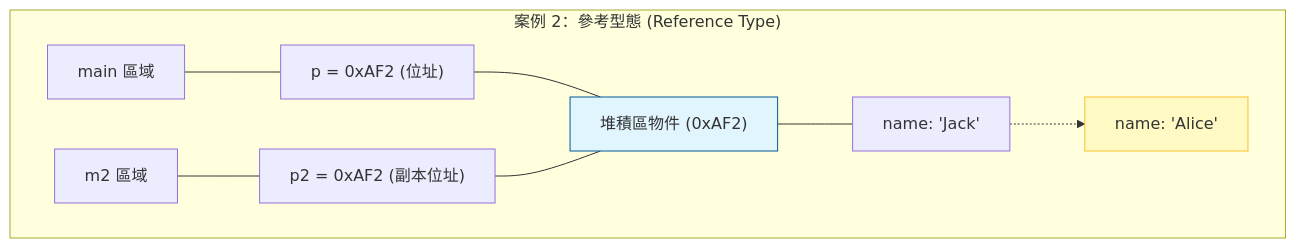
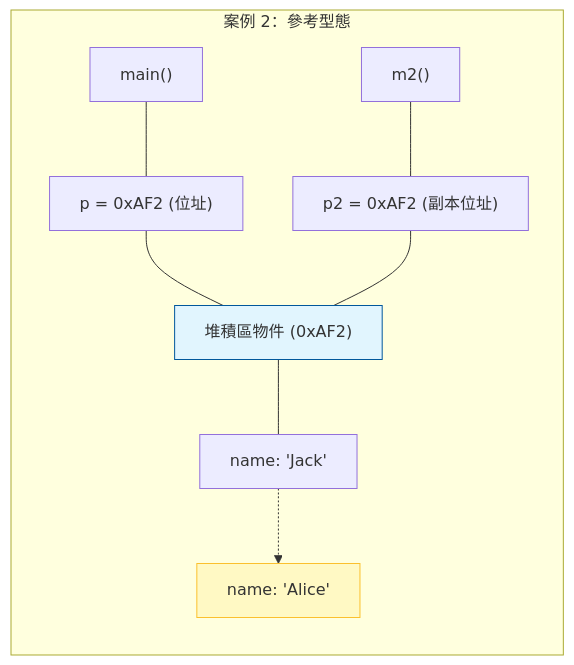
The second of 5 diagrams in Part1-OOP/ch01_obp.md (nlhsueh/teach_sw_fw), drawn with Mermaid before and after one commit. The commit also changed other lines of this file, not shown here.

Commit message:
Update Pass by Value diagrams to vertical (TD) layout

````diff
--- a/Part1-OOP/ch01_obp.md
+++ b/Part1-OOP/ch01_obp.md
@@ -623,14 +623,14 @@
 ```mermaid
-graph LR
-    subgraph "案例 2：參考型態 (Reference Type)"
-        direction LR
-        main2["main 區域"] --- p["p = 0xAF2 (位址)"]
-        m2["m2 區域"] --- p2["p2 = 0xAF2 (副本位址)"]
+graph TD
+    subgraph "案例 2：參考型態"
+        direction TB
+        main2["main()"] --- p["p = 0xAF2 (位址)"]
+        m2["m2()"] --- p2["p2 = 0xAF2 (副本位址)"]
         p --- heap["堆積區物件 (0xAF2)"]
         p2 --- heap
         heap --- name["name: 'Jack'"]
         name -.-> name_new["name: 'Alice'"]
         style name_new fill:#fff9c4,stroke:#fbc02d
         style heap fill:#e1f5fe,stroke:#01579b
     end
 ```
````
